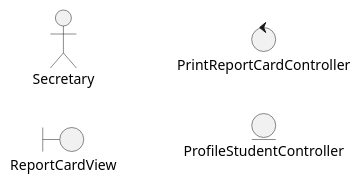
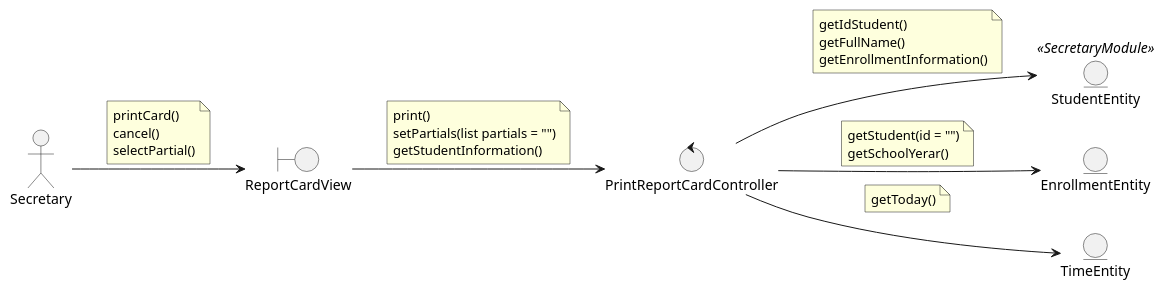
One commit to wsmcbl/wsmcbl.doc changed the diagram in DesignView/AnalysisView/UseCaseAnalysis/CU29.PrintReportCardByStudent/Collaboration.CU29.Analysis.puml. Above: the diagram before and after it, drawn with PlantUML. The commit also changed 4 other files, not shown here.

```diff
--- a/DesignView/AnalysisView/UseCaseAnalysis/CU29.PrintReportCardByStudent/Collaboration.CU29.Analysis.puml
+++ b/DesignView/AnalysisView/UseCaseAnalysis/CU29.PrintReportCardByStudent/Collaboration.CU29.Analysis.puml
@@ -1,23 +1,50 @@
 @startuml
 left to right direction
 
 '--- Classes definition ---
 actor Secretary
 
 boundary ReportCardView
 
 control PrintReportCardController
 
-entity ProfileStudentController
-
-'note on link
-'end note
+entity StudentEntity<<SecretaryModule>>
+entity EnrollmentEntity
+entity TimeEntity
 
 '--- Actor relations ---
+Secretary --> ReportCardView
+note on link
+    printCard()
+    cancel()
+    selectPartial()
+end note
 
 '--- Views relations ---
+ReportCardView --> PrintReportCardController
+note on link
+    print()
+    setPartials(list partials = "")
+    getStudentInformation()
+end note
 
 '--- Controllers relations ---
+PrintReportCardController --> StudentEntity
+note on link
+    getIdStudent()
+    getFullName()
+    getEnrollmentInformation()
+end note
 
-'--- Entity relations ---
+PrintReportCardController --> EnrollmentEntity
+note on link
+    getStudent(id = "")
+    getSchoolYerar()
+end note
+
+PrintReportCardController --> TimeEntity
+note on link
+    getToday()
+end note
+
 @enduml
```
